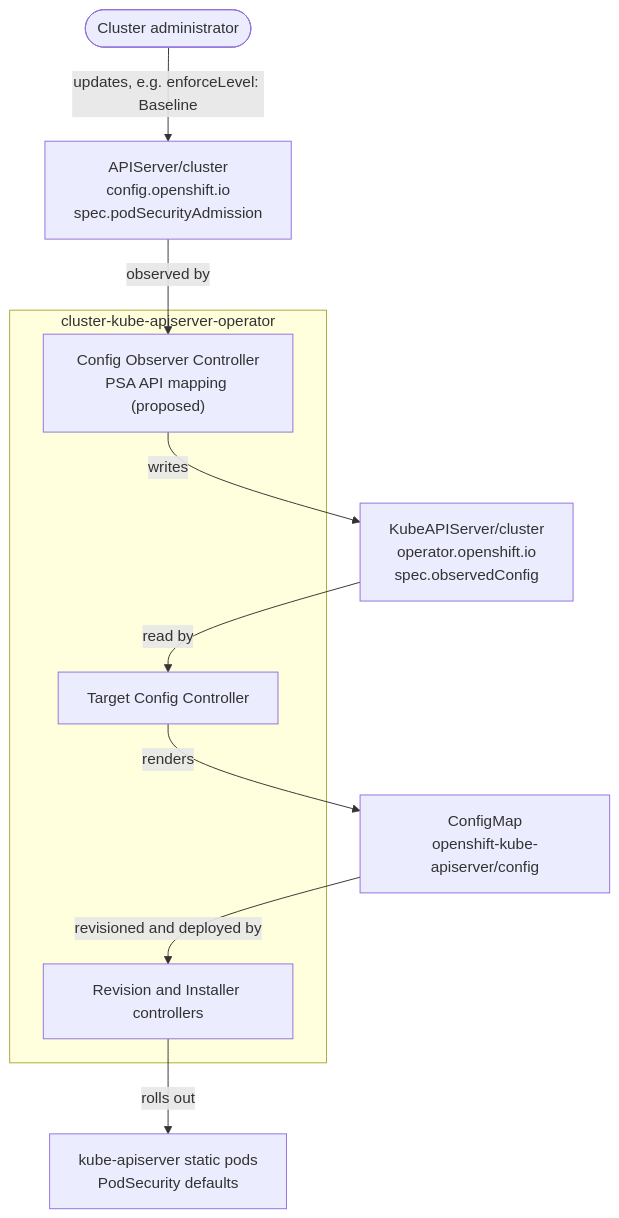
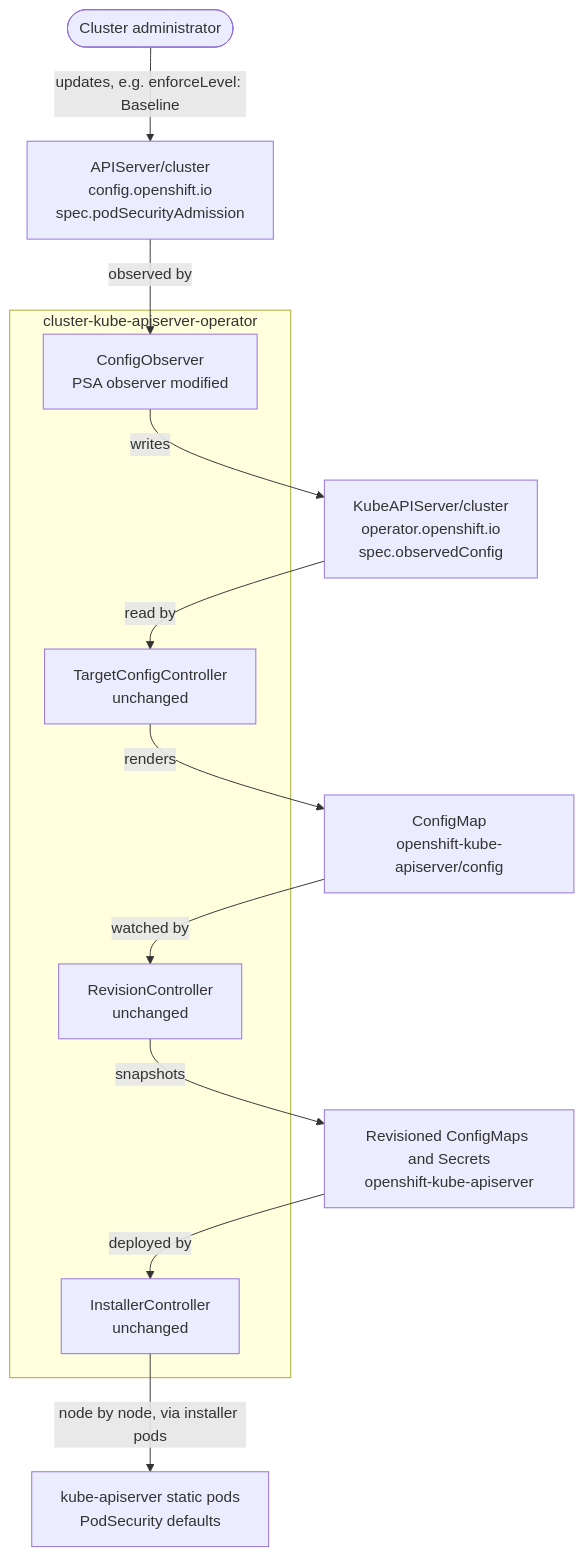
Before and after one commit to openshift/enhancements: the second of 2 diagrams in enhancements/authentication/pod-security-admission-api.md, drawn with Mermaid. The commit also changed other lines of this file, not shown here.

Commit message:
L303: kaso controllers in action

````diff
--- a/enhancements/authentication/pod-security-admission-api.md
+++ b/enhancements/authentication/pod-security-admission-api.md
@@ -292,22 +293,26 @@
 ```mermaid
 flowchart TD
     Admin([Cluster administrator])
     API["APIServer/cluster<br/>config.openshift.io<br/>spec.podSecurityAdmission"]
     Observed["KubeAPIServer/cluster<br/>operator.openshift.io<br/>spec.observedConfig"]
     Config["ConfigMap<br/>openshift-kube-apiserver/config"]
+    Snapshot["Revisioned ConfigMaps and Secrets<br/>openshift-kube-apiserver"]
     KAS["kube-apiserver static pods<br/>PodSecurity defaults"]
 
     subgraph Operator["cluster-kube-apiserver-operator"]
-        Observer["Config Observer Controller<br/>PSA API mapping (proposed)"]
-        Target["Target Config Controller"]
-        Rollout["Revision and Installer controllers"]
+        Observer["ConfigObserver<br/>PSA observer modified"]
+        Target["TargetConfigController<br/>unchanged"]
+        Revision["RevisionController<br/>unchanged"]
+        Installer["InstallerController<br/>unchanged"]
     end
 
     Admin -->|"updates, e.g. enforceLevel: Baseline"| API
     API -->|"observed by"| Observer
     Observer -->|"writes"| Observed
     Observed -->|"read by"| Target
     Target -->|"renders"| Config
-    Config -->|"revisioned and deployed by"| Rollout
-    Rollout -->|"rolls out"| KAS
+    Config -->|"watched by"| Revision
+    Revision -->|"snapshots"| Snapshot
+    Snapshot -->|"deployed by"| Installer
+    Installer -->|"node by node, via installer pods"| KAS
 ```
````
